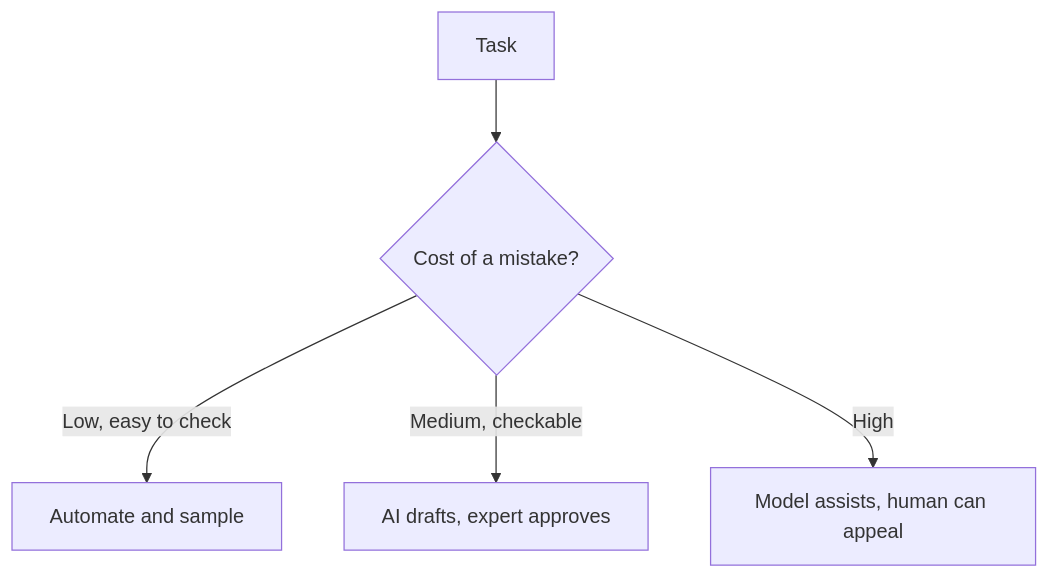
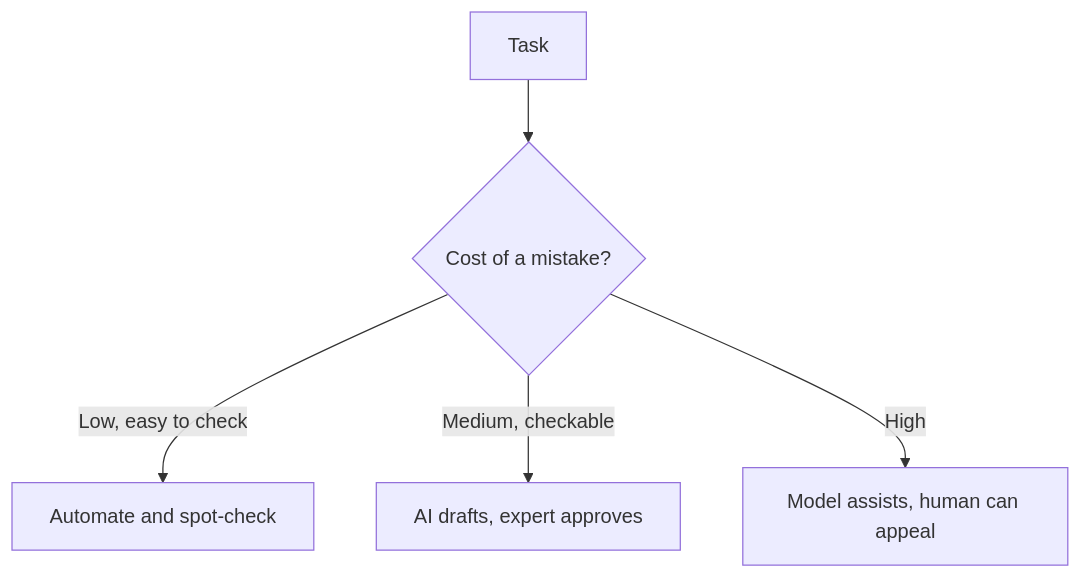
Diagram 13 of 16 in site/authored/ai/applied-ai.md (pravnyadv/dev-essentials), drawn with Mermaid before and after one commit. The commit also changed other lines of this file and 66 other files, not shown here.

````diff
--- a/site/authored/ai/applied-ai.md
+++ b/site/authored/ai/applied-ai.md
@@ -468,8 +469,8 @@
 ```mermaid The more a mistake costs, the more control stays with a person
 flowchart TD
   T[Task] --> Q{Cost of a mistake?}
-  Q -->|Low, easy to check| A[Automate and sample]
+  Q -->|Low, easy to check| A[Automate and spot-check]
   Q -->|Medium, checkable| B[AI drafts, expert approves]
   Q -->|High| C[Model assists, human can appeal]
   class C warn
 ```
````
